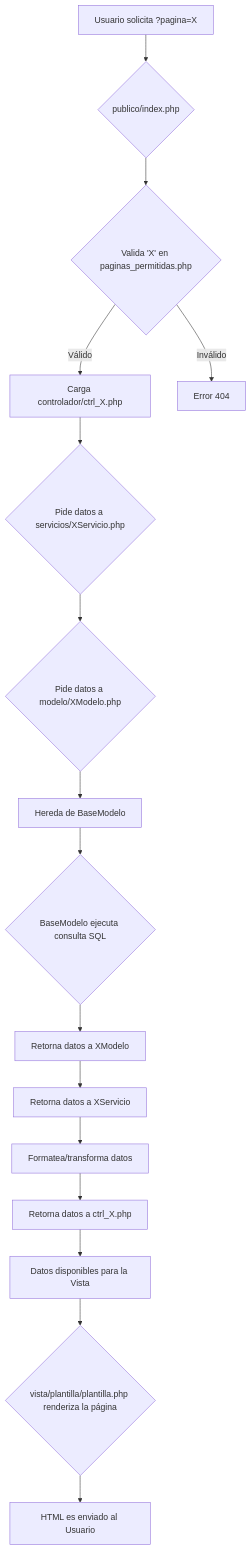
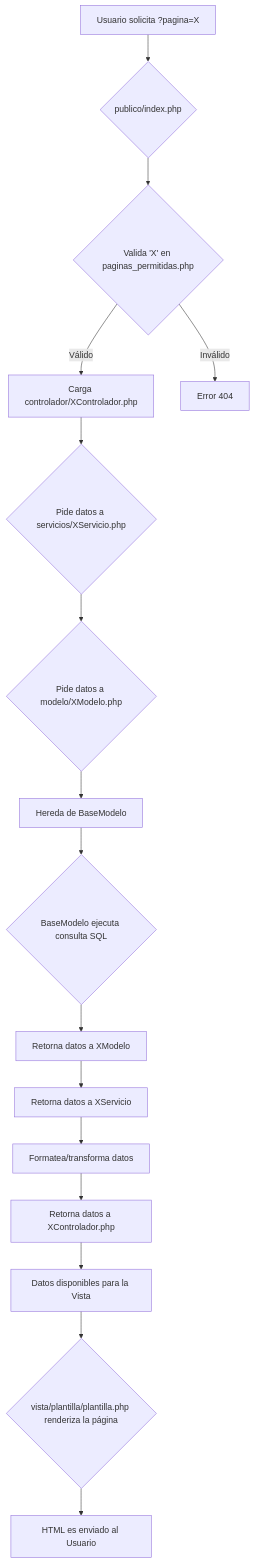
Before and after one commit to Unexca-Website-Development/UNEXCA-WEBSITE---PHP: the diagram in docs/ARQUITECTURA.md, drawn with Mermaid. The commit also changed other lines of this file and 14 other files, not shown here.

````diff
--- a/docs/ARQUITECTURA.md
+++ b/docs/ARQUITECTURA.md
@@ -11,18 +11,18 @@
 ```mermaid
 graph TD
     A[Usuario solicita ?pagina=X] --> B{publico/index.php};
     B --> C{Valida 'X' en paginas_permitidas.php};
-    C -- Válido --> D[Carga controlador/ctrl_X.php];
+    C -- Válido --> D[Carga controlador/XControlador.php];
     D --> E{Pide datos a servicios/XServicio.php};
     E --> F{Pide datos a modelo/XModelo.php};
     F --> G[Hereda de BaseModelo];
     G --> H{BaseModelo ejecuta consulta SQL};
     H --> I[Retorna datos a XModelo];
     I --> J[Retorna datos a XServicio];
     J --> K[Formatea/transforma datos];
-    K --> L[Retorna datos a ctrl_X.php];
+    K --> L[Retorna datos a XControlador.php];
     L --> M[Datos disponibles para la Vista];
     M --> N{vista/plantilla/plantilla.php renderiza la página};
     N --> O[HTML es enviado al Usuario];
     C -- Inválido --> P[Error 404];
 ```
````
